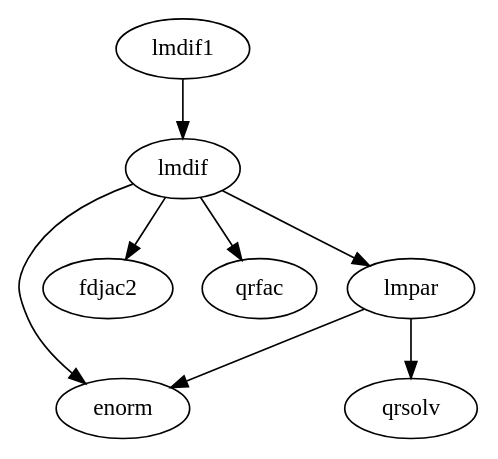
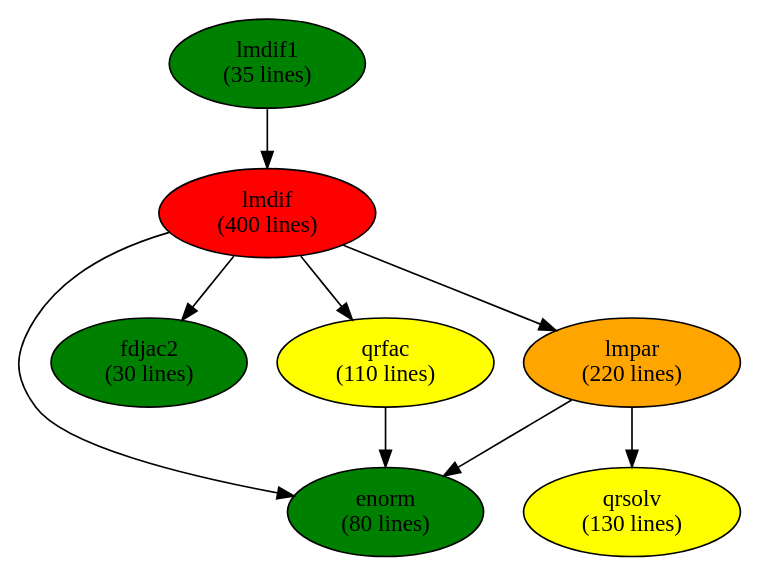
Before and after one commit to sidneycadot/minpack-c: the diagram in f2c/dependencies.dot, drawn with Graphviz. The commit also changed 15 other files, not shown here.

```diff
--- a/f2c/dependencies.dot
+++ b/f2c/dependencies.dot
@@ -1,12 +1,22 @@
 digraph G {
+
+    lmdif1   [style = filled, fillcolor = green, label = "lmdif1\n(35 lines)"];
+    lmdif    [style = filled, fillcolor = red, label = "lmdif\n(400 lines)"];
+    enorm    [style = filled, fillcolor = green, label = "enorm\n(80 lines)"];
+    fdjac2   [style = filled, fillcolor = green, label = "fdjac2\n(30 lines)"];
+    qrfac    [style = filled, fillcolor = yellow, label = "qrfac\n(110 lines)"];
+    lmpar    [style = filled, fillcolor = orange, label = "lmpar\n(220 lines)"];
+    qrsolv   [style = filled, fillcolor = yellow, label = "qrsolv\n(130 lines)"];
 
     lmdif1 -> lmdif;
 
     lmdif -> enorm;
     lmdif -> fdjac2;
     lmdif -> qrfac;
     lmdif -> lmpar;
 
+    qrfac -> enorm;
+
     lmpar -> enorm;
     lmpar -> qrsolv;
 }
```
